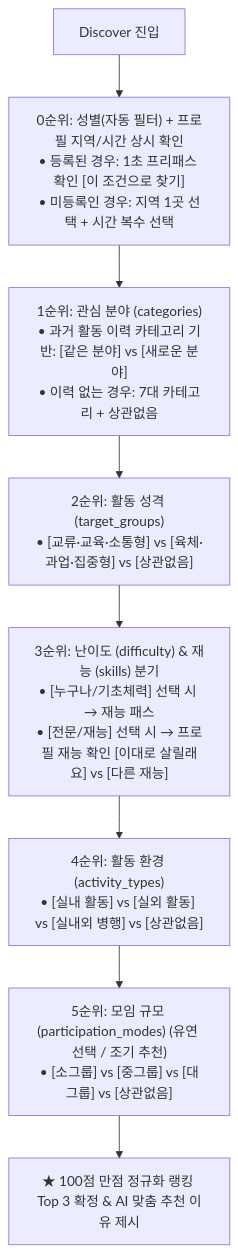
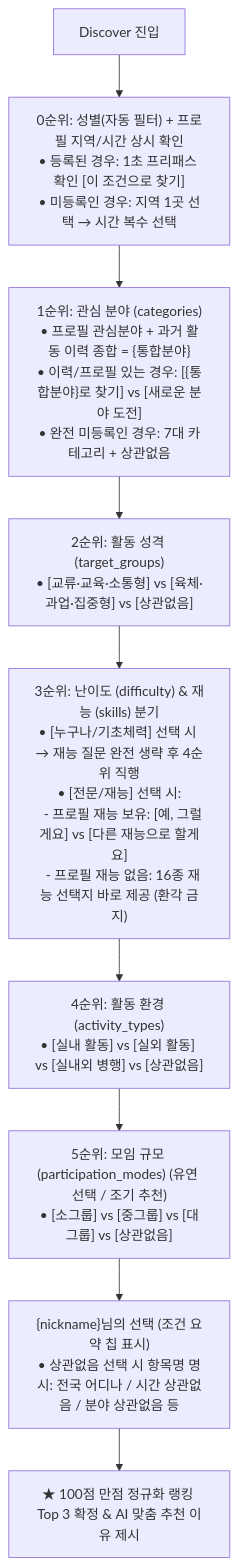
One commit to olivepop04/ChakChak-app changed the diagram in docs/DISCOVER-AI-대화추천-시스템-명세서.md. Above: the diagram before and after it, drawn with Mermaid. The commit also changed other lines of this file, not shown here.

First line of the commit message:
docs: DISCOVER AI 대화·추천 시스템 종합 명세서 최신화

````diff
--- a/docs/DISCOVER-AI-대화추천-시스템-명세서.md
+++ b/docs/DISCOVER-AI-대화추천-시스템-명세서.md
@@ -34,16 +46,18 @@
 ```mermaid
 flowchart TD
-    Start["Discover 진입"] --> Step0["0순위: 성별(자동 필터) + 프로필 지역/시간 상시 확인<br/>• 등록된 경우: 1초 프리패스 확인 [이 조건으로 찾기]<br/>• 미등록인 경우: 지역 1곳 선택 + 시간 복수 선택"]
+    Start["Discover 진입"] --> Step0["0순위: 성별(자동 필터) + 프로필 지역/시간 상시 확인<br/>• 등록된 경우: 1초 프리패스 확인 [이 조건으로 찾기]<br/>• 미등록인 경우: 지역 1곳 선택 → 시간 복수 선택"]
     
-    Step0 --> Step1["1순위: 관심 분야 (categories)<br/>• 과거 활동 이력 카테고리 기반: [같은 분야] vs [새로운 분야]<br/>• 이력 없는 경우: 7대 카테고리 + 상관없음"]
+    Step0 --> Step1["1순위: 관심 분야 (categories)<br/>• 프로필 관심분야 + 과거 활동 이력 종합 = {통합분야}<br/>• 이력/프로필 있는 경우: [{통합분야}로 찾기] vs [새로운 분야 도전]<br/>• 완전 미등록인 경우: 7대 카테고리 + 상관없음"]
     
     Step1 --> Step2["2순위: 활동 성격 (target_groups)<br/>• [교류·교육·소통형] vs [육체·과업·집중형] vs [상관없음]"]
     
-    Step2 --> Step3["3순위: 난이도 (difficulty) & 재능 (skills) 분기<br/>• [누구나/기초체력] 선택 시 → 재능 패스<br/>• [전문/재능] 선택 시 → 프로필 재능 확인 [이대로 살릴래요] vs [다른 재능]"]
+    Step2 --> Step3["3순위: 난이도 (difficulty) & 재능 (skills) 분기<br/>• [누구나/기초체력] 선택 시 → 재능 질문 완전 생략 후 4순위 직행<br/>• [전문/재능] 선택 시:<br/>  - 프로필 재능 보유: [예, 그럴게요] vs [다른 재능으로 할게요]<br/>  - 프로필 재능 없음: 16종 재능 선택지 바로 제공 (환각 금지)"]
     
     Step3 --> Step4["4순위: 활동 환경 (activity_types)<br/>• [실내 활동] vs [실외 활동] vs [실내외 병행] vs [상관없음]"]
     
     Step4 --> Step5["5순위: 모임 규모 (participation_modes) (유연 선택 / 조기 추천)<br/>• [소그룹] vs [중그룹] vs [대그룹] vs [상관없음]"]
     
-    Step5 --> Result["★ 100점 만점 정규화 랭킹 Top 3 확정 & AI 맞춤 추천 이유 제시"]
+    Step5 --> Summary["{nickname}님의 선택 (조건 요약 칩 표시)<br/>• 상관없음 선택 시 항목명 명시: 전국 어디나 / 시간 상관없음 / 분야 상관없음 등"]
+    
+    Summary --> Result["★ 100점 만점 정규화 랭킹 Top 3 확정 & AI 맞춤 추천 이유 제시"]
 ```
````
